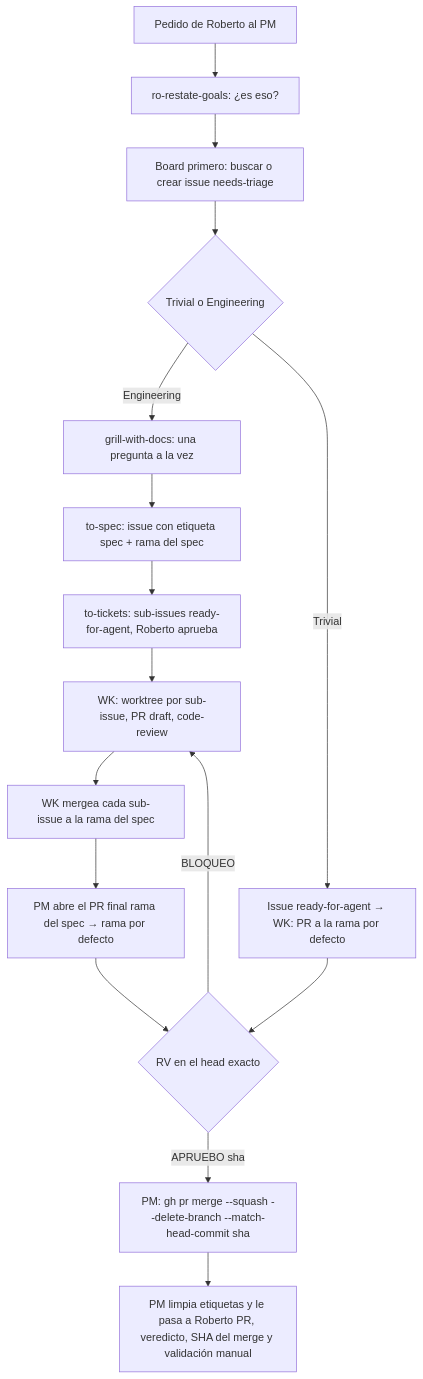
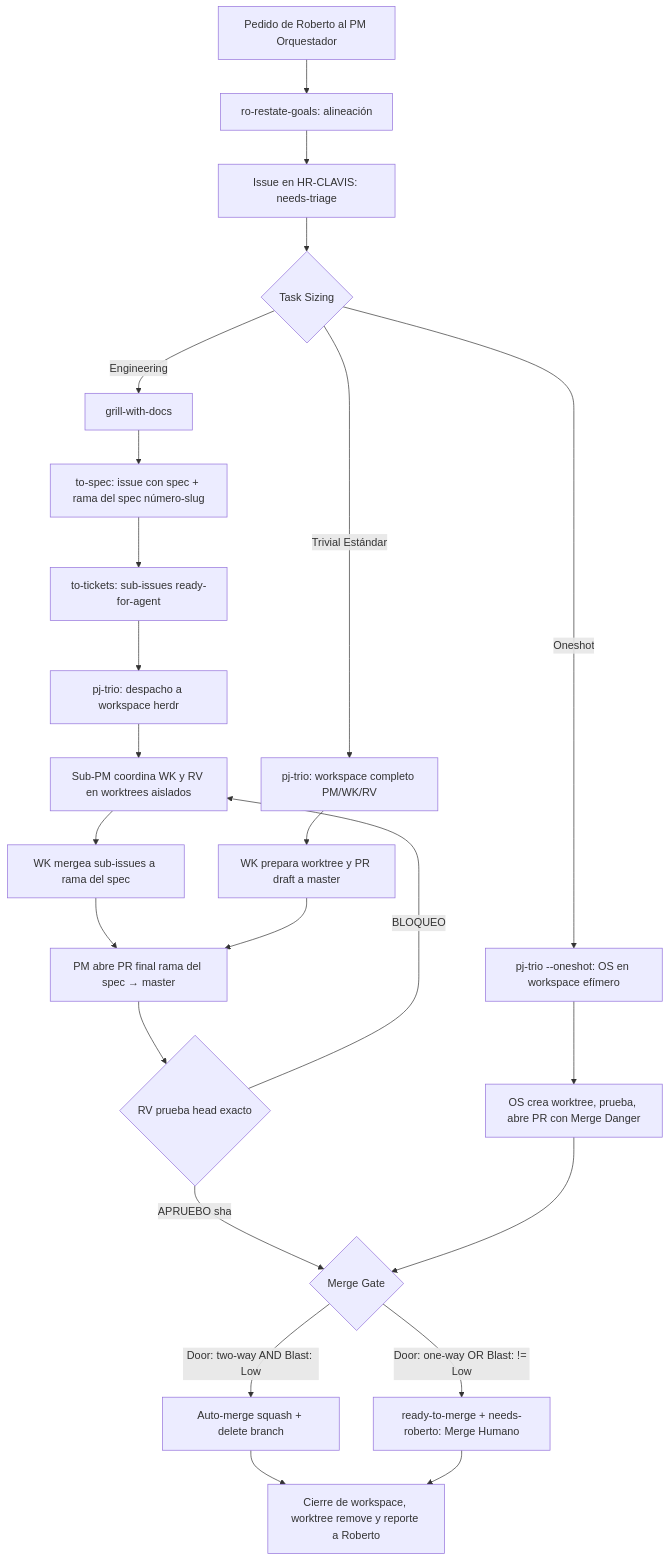
The first of 2 diagrams in 08 - AI Developer Workflows/08.8 - Cómo funciona el trío local (PM-WK-RV, pj-trio, herdr).md (robert-flo/PJ-NIRI-rf-omarchy-workstation), drawn with Mermaid before and after one commit. The commit also changed other lines of this file and 3 other files, not shown here.

````diff
--- a/08 - AI Developer Workflows/08.8 - Cómo funciona el trío local (PM-WK-RV, pj-trio, herdr).md
+++ b/08 - AI Developer Workflows/08.8 - Cómo funciona el trío local (PM-WK-RV, pj-trio, herdr).md
@@ -89,17 +99,26 @@
 ```mermaid
 flowchart TD
-  A[Pedido de Roberto al PM] --> B[ro-restate-goals: ¿es eso?]
-  B --> C[Board primero: buscar o crear issue needs-triage]
-  C --> D{Trivial o Engineering}
-  D -- Engineering --> E[grill-with-docs: una pregunta a la vez]
-  E --> F[to-spec: issue con etiqueta spec + rama del spec]
-  F --> G[to-tickets: sub-issues ready-for-agent, Roberto aprueba]
-  G --> H[WK: worktree por sub-issue, PR draft, code-review]
-  H --> I[WK mergea cada sub-issue a la rama del spec]
-  I --> J[PM abre el PR final rama del spec → rama por defecto]
-  J --> K{RV en el head exacto}
-  K -- BLOQUEO --> H
-  K -- APRUEBO sha --> L[PM: gh pr merge --squash --delete-branch --match-head-commit sha]
-  L --> M[PM limpia etiquetas y le pasa a Roberto PR, veredicto, SHA del merge y validación manual]
-  D -- Trivial --> T[Issue ready-for-agent → WK: PR a la rama por defecto] --> K
+  A[Pedido de Roberto al PM Orquestador] --> B[ro-restate-goals: alineación]
+  B --> C[Issue en HR-CLAVIS: needs-triage]
+  C --> D{Task Sizing}
+  D -- Engineering --> E[grill-with-docs]
+  E --> F[to-spec: issue con spec + rama del spec número-slug]
+  F --> G[to-tickets: sub-issues ready-for-agent]
+  G --> H[pj-trio: despacho a workspace herdr]
+  H --> I[Sub-PM coordina WK y RV en worktrees aislados]
+  I --> J[WK mergea sub-issues a rama del spec]
+  J --> K[PM abre PR final rama del spec → master]
+  D -- Trivial Estándar --> L[pj-trio: workspace completo PM/WK/RV]
+  L --> M[WK prepara worktree y PR draft a master]
+  M --> K
+  D -- Oneshot --> N[pj-trio --oneshot: OS en workspace efímero]
+  N --> O[OS crea worktree, prueba, abre PR con Merge Danger]
+  K --> P{RV prueba head exacto}
+  P -- BLOQUEO --> I
+  P -- APRUEBO sha --> Q{Merge Gate}
+  O --> Q
+  Q -- Door: two-way AND Blast: Low --> R[Auto-merge squash + delete branch]
+  Q -- Door: one-way OR Blast: != Low --> S[ready-to-merge + needs-roberto: Merge Humano]
+  R --> T[Cierre de workspace, worktree remove y reporte a Roberto]
+  S --> T
 ```
````
